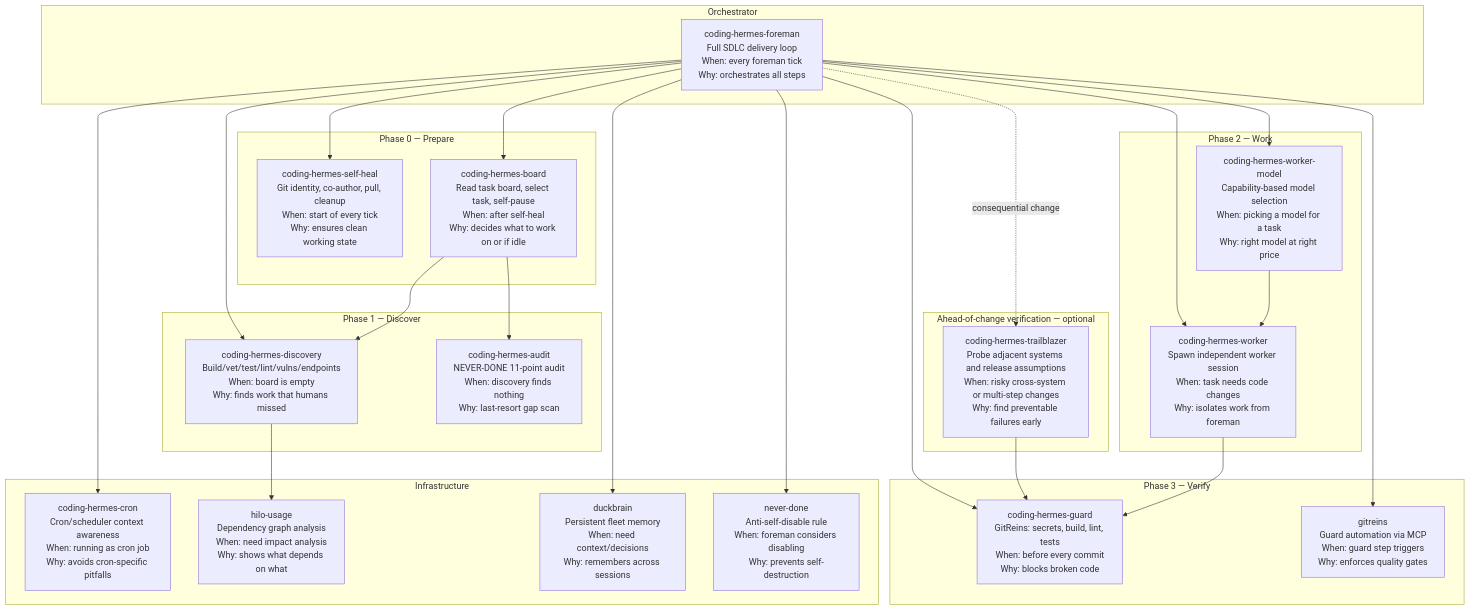
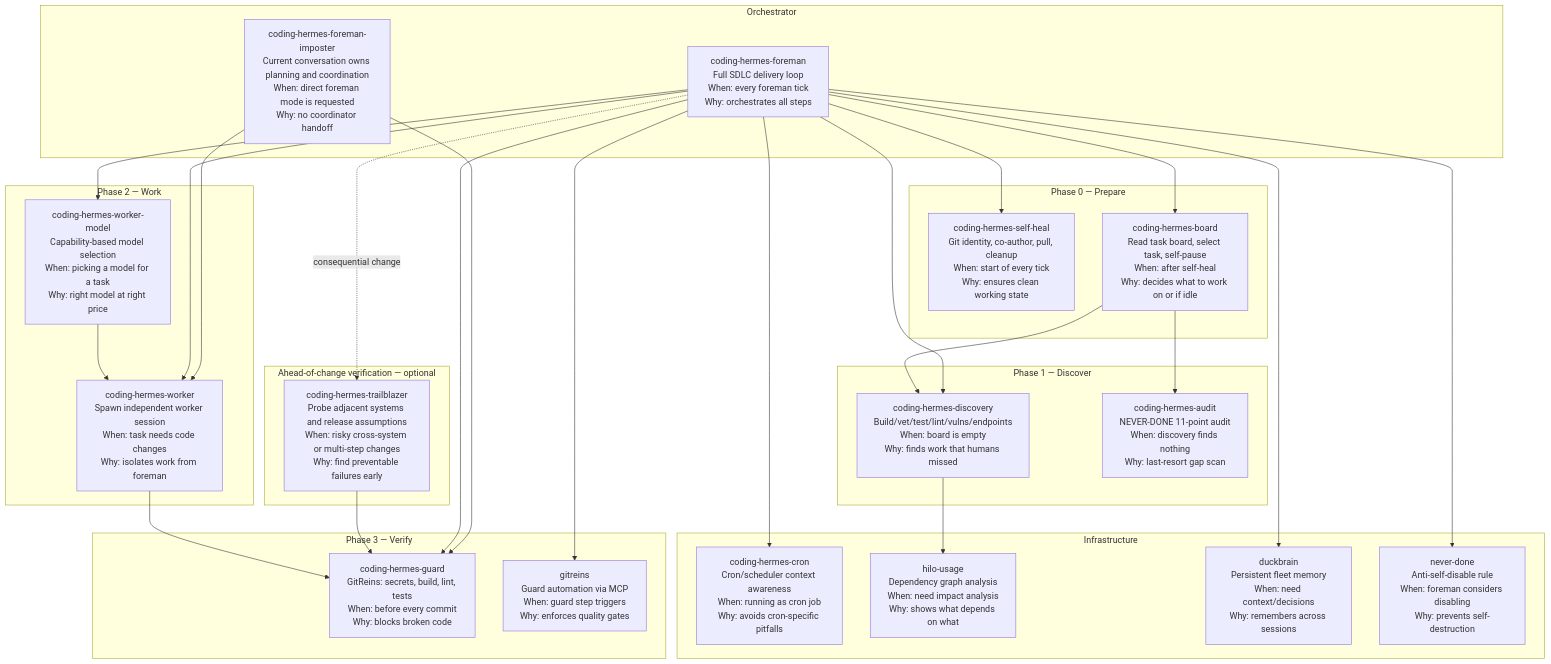
Before and after one commit to coding-hermes/skills: the diagram in coding-hermes-map/SKILL.md, drawn with Mermaid. The commit also changed other lines of this file and 1 other file, not shown here.

Commit message:
feat(skills): publish foreman imposter mode

````diff
--- a/coding-hermes-map/SKILL.md
+++ b/coding-hermes-map/SKILL.md
@@ -16,55 +16,58 @@
 ```mermaid
 graph TD
     subgraph "Orchestrator"
         CF[coding-hermes-foreman<br/>Full SDLC delivery loop<br/>When: every foreman tick<br/>Why: orchestrates all steps]
+        FI[coding-hermes-foreman-imposter<br/>Current conversation owns planning and coordination<br/>When: direct foreman mode is requested<br/>Why: no coordinator handoff]
     end
 
     subgraph "Phase 0 — Prepare"
         SH[coding-hermes-self-heal<br/>Git identity, co-author, pull, cleanup<br/>When: start of every tick<br/>Why: ensures clean working state]
         BD[coding-hermes-board<br/>Read task board, select task, self-pause<br/>When: after self-heal<br/>Why: decides what to work on or if idle]
     end
 
     subgraph "Phase 1 — Discover"
         DS[coding-hermes-discovery<br/>Build/vet/test/lint/vulns/endpoints<br/>When: board is empty<br/>Why: finds work that humans missed]
         AU[coding-hermes-audit<br/>NEVER-DONE 11-point audit<br/>When: discovery finds nothing<br/>Why: last-resort gap scan]
     end
 
     subgraph "Phase 2 — Work"
         WM[coding-hermes-worker-model<br/>Capability-based model selection<br/>When: picking a model for a task<br/>Why: right model at right price]
         WK[coding-hermes-worker<br/>Spawn independent worker session<br/>When: task needs code changes<br/>Why: isolates work from foreman]
     end
 
     subgraph "Ahead-of-change verification — optional"
         TB[coding-hermes-trailblazer<br/>Probe adjacent systems and release assumptions<br/>When: risky cross-system or multi-step changes<br/>Why: find preventable failures early]
     end
 
     subgraph "Phase 3 — Verify"
         GD[coding-hermes-guard<br/>GitReins: secrets, build, lint, tests<br/>When: before every commit<br/>Why: blocks broken code]
         GR[gitreins<br/>Guard automation via MCP<br/>When: guard step triggers<br/>Why: enforces quality gates]
     end
 
     subgraph "Infrastructure"
         CR[coding-hermes-cron<br/>Cron/scheduler context awareness<br/>When: running as cron job<br/>Why: avoids cron-specific pitfalls]
         HI[hilo-usage<br/>Dependency graph analysis<br/>When: need impact analysis<br/>Why: shows what depends on what]
         DB[duckbrain<br/>Persistent fleet memory<br/>When: need context/decisions<br/>Why: remembers across sessions]
         ND[never-done<br/>Anti-self-disable rule<br/>When: foreman considers disabling<br/>Why: prevents self-destruction]
     end
 
     CF --> SH
+    FI --> WK
+    FI --> GD
     CF --> BD
     CF --> DS
     CF --> WM
     CF --> WK
     CF --> GD
     BD --> DS
     BD --> AU
     WM --> WK
     CF -. consequential change .-> TB
     TB --> GD
     WK --> GD
     DS --> HI
     CF --> CR
     CF --> GR
     CF --> DB
     CF --> ND
 ```
````
